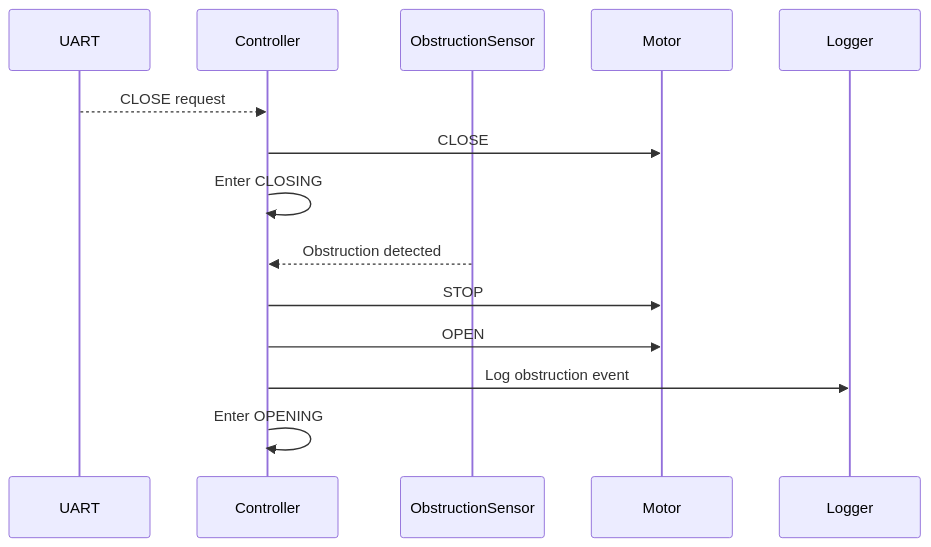
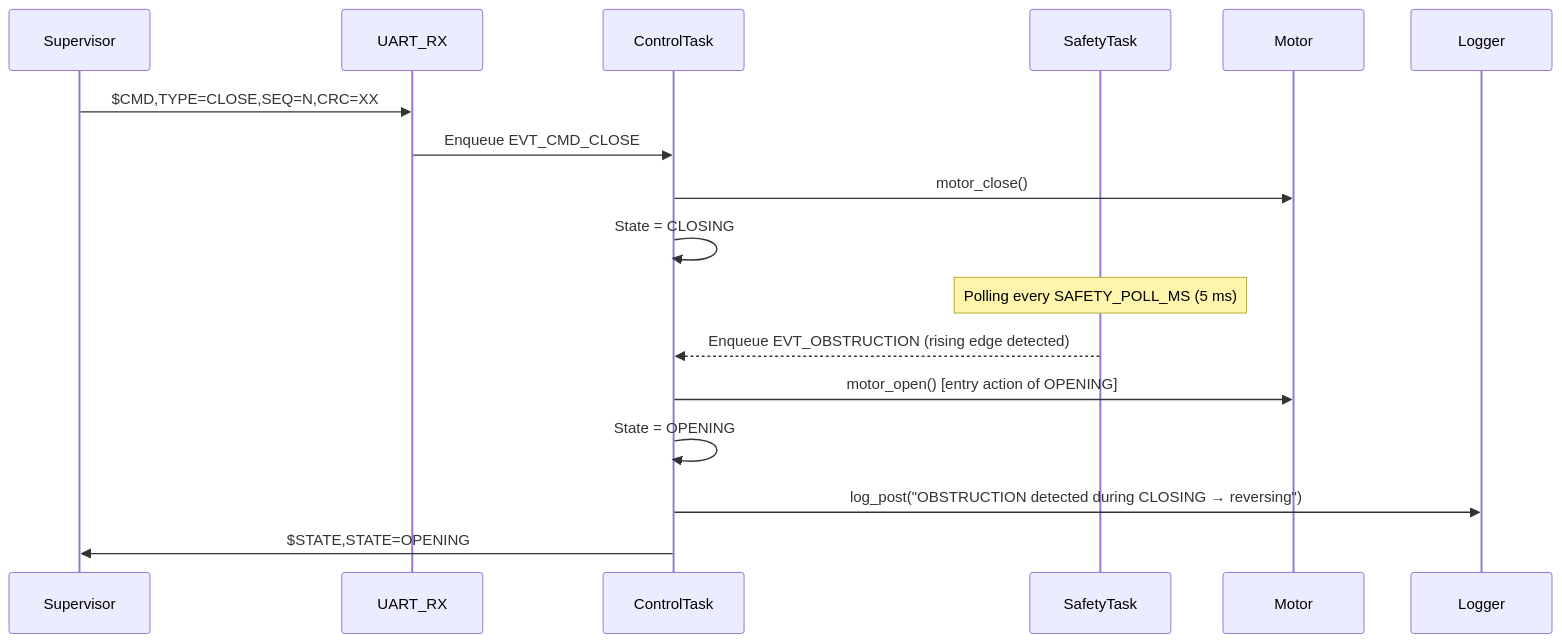
The third of 8 diagrams in docs/sections/sdlc-traceability.md (csg523/project-p7-elevator-door), drawn with Mermaid before and after one commit. The commit also changed other lines of this file and 3 other files, not shown here.

````diff
--- a/docs/sections/sdlc-traceability.md
+++ b/docs/sections/sdlc-traceability.md
@@ -55,20 +76,23 @@
 ```mermaid
 sequenceDiagram
-    participant UART
-    participant Controller
-    participant ObstructionSensor
+    participant Supervisor
+    participant UART_RX
+    participant ControlTask
+    participant SafetyTask
     participant Motor
     participant Logger
 
-    UART-->>Controller: CLOSE request
-    Controller->>Motor: CLOSE
-    Controller->>Controller: Enter CLOSING
+    Supervisor->>UART_RX: $CMD,TYPE=CLOSE,SEQ=N,CRC=XX
+    UART_RX->>ControlTask: Enqueue EVT_CMD_CLOSE
 
-    ObstructionSensor-->>Controller: Obstruction detected
-    Controller->>Motor: STOP
-    Controller->>Motor: OPEN
-    Controller->>Logger: Log obstruction event
-    Controller->>Controller: Enter OPENING
+    ControlTask->>Motor: motor_close()
+    ControlTask->>ControlTask: State = CLOSING
 
+    Note over SafetyTask: Polling every SAFETY_POLL_MS (5 ms)
+    SafetyTask-->>ControlTask: Enqueue EVT_OBSTRUCTION (rising edge detected)
 
+    ControlTask->>Motor: motor_open() [entry action of OPENING]
+    ControlTask->>ControlTask: State = OPENING
+    ControlTask->>Logger: log_post("OBSTRUCTION detected during CLOSING → reversing")
+    ControlTask->>Supervisor: $STATE,STATE=OPENING
 ```
````
